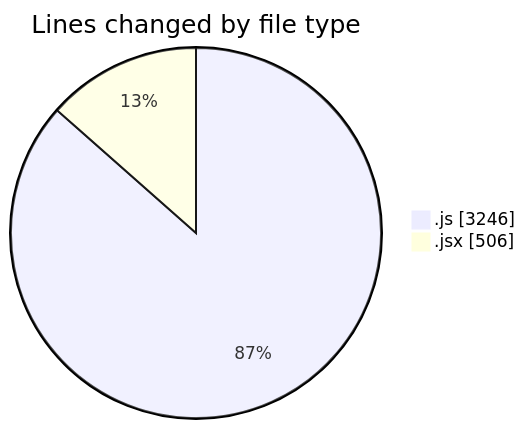
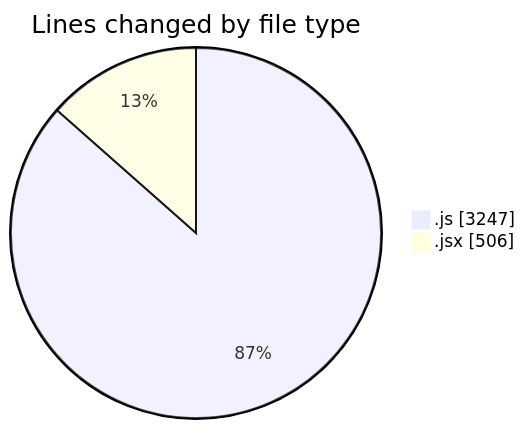
The first of 2 diagrams in 2025-07-27/nxtqube_webapp/README.md (nxtqubesakshisongat/code-tracking), drawn with Mermaid before and after one commit. The commit also changed other lines of this file and 1 other file, not shown here.

````diff
--- a/2025-07-27/nxtqube_webapp/README.md
+++ b/2025-07-27/nxtqube_webapp/README.md
@@ -28,6 +28,6 @@
 ```mermaid
 pie showData
 title Lines changed by file type
-".js" : 3246
+".js" : 3247
 ".jsx" : 506
 ```
````
